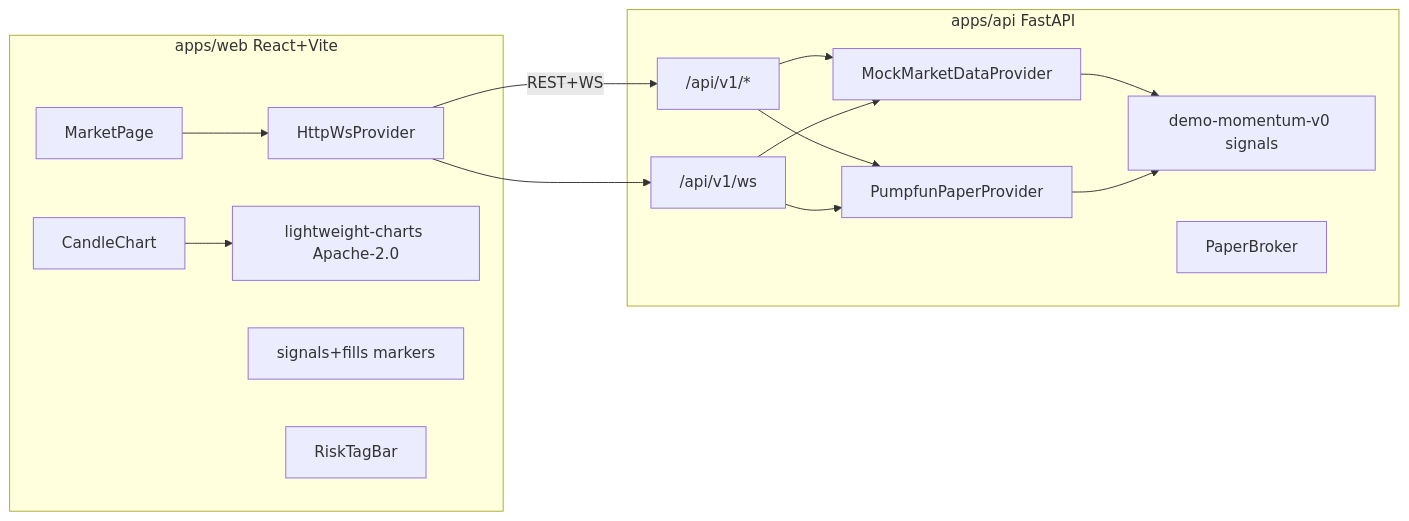
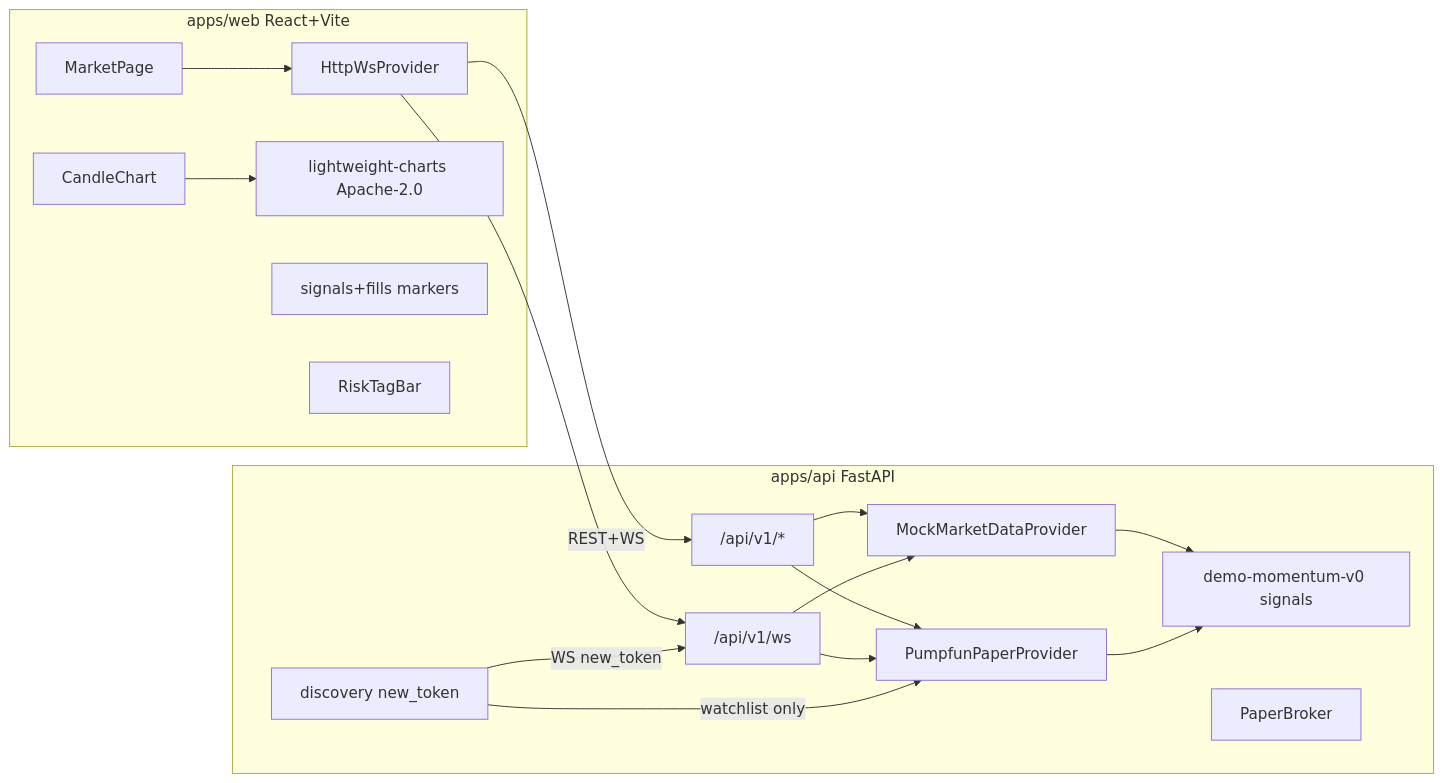
Before and after one commit to Douriff/AUU: the diagram in docs/architecture.md, drawn with Mermaid. The commit also changed other lines of this file and 28 other files, not shown here.

First line of the commit message:
feat: read-only new_token discovery and frozen pump-paper-v1 params

````diff
--- a/docs/architecture.md
+++ b/docs/architecture.md
@@ -3,25 +3,28 @@
 ```mermaid
 flowchart LR
   subgraph web [apps/web React+Vite]
     MarketPage --> HttpWsProvider
     CandleChart --> LWC[lightweight-charts Apache-2.0]
     Overlay[signals+fills markers]
     RiskTagBar
   end
   subgraph api [apps/api FastAPI]
     REST["/api/v1/*"]
     WS["/api/v1/ws"]
     Mock[MockMarketDataProvider]
     Pump[PumpfunPaperProvider]
+    Disc[discovery new_token]
     Demo[demo-momentum-v0 signals]
     Paper[PaperBroker]
   end
   HttpWsProvider -->|REST+WS| REST
   HttpWsProvider --> WS
   REST --> Mock
   REST --> Pump
   WS --> Mock
   WS --> Pump
+  Disc -->|watchlist only| Pump
+  Disc -->|WS new_token| WS
   Mock --> Demo
   Pump --> Demo
 ```
````
